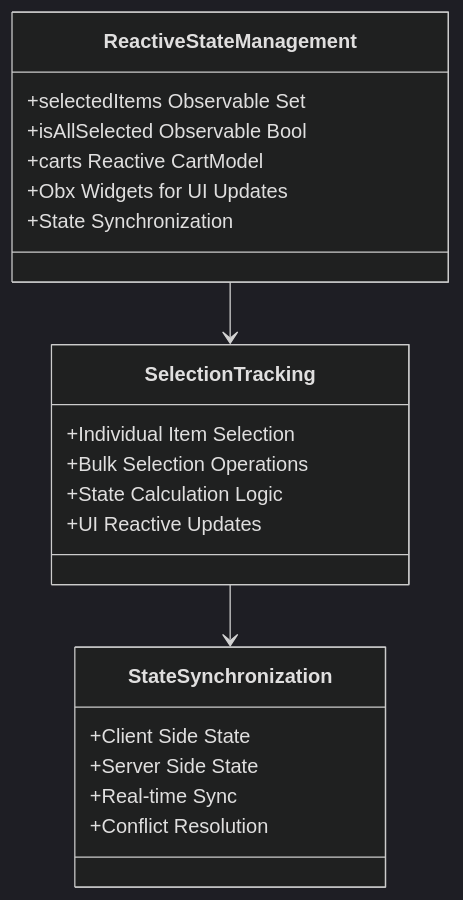
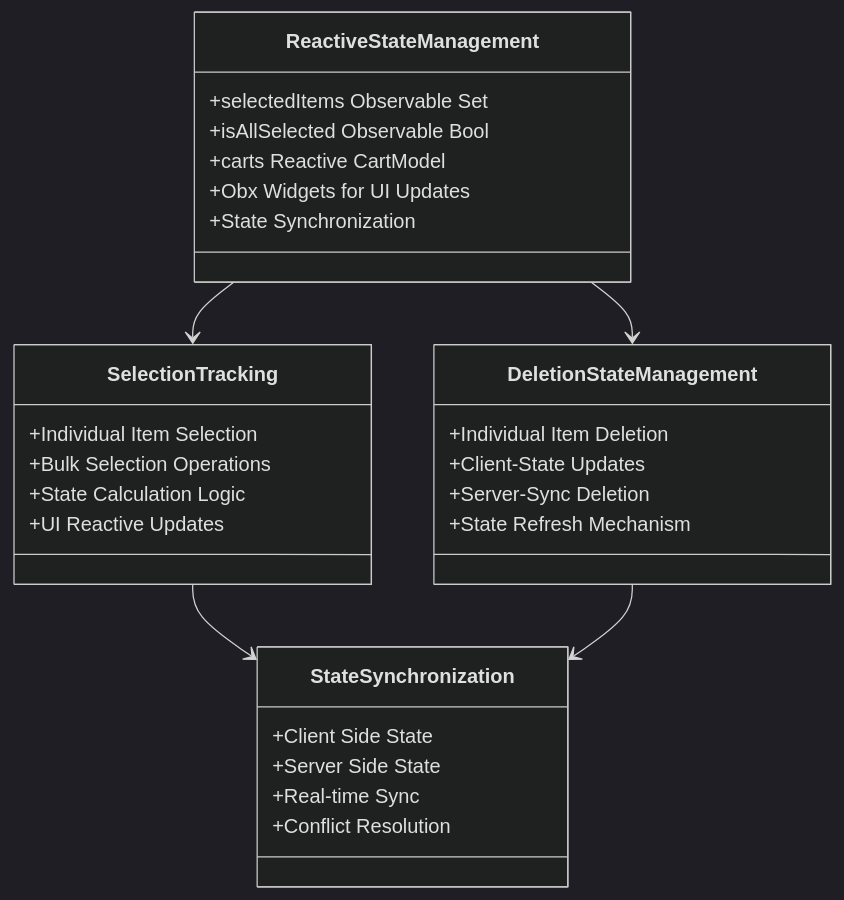
The tenth of 22 diagrams in .qoder/repowiki/en/content/Core Features/E-commerce Platform/Shopping Cart System.md (Ariful3111/FurniGo), drawn with Mermaid (dark theme) before and after one commit. The commit also changed other lines of this file and 7 other files, not shown here.

````diff
--- a/.qoder/repowiki/en/content/Core Features/E-commerce Platform/Shopping Cart System.md
+++ b/.qoder/repowiki/en/content/Core Features/E-commerce Platform/Shopping Cart System.md
@@ -384,24 +552,32 @@
 ```mermaid
 classDiagram
 class ReactiveStateManagement {
 +selectedItems Observable Set<int>
 +isAllSelected Observable Bool
 +carts Reactive CartModel
 +Obx Widgets for UI Updates
 +State Synchronization
 }
 class SelectionTracking {
 +Individual Item Selection
 +Bulk Selection Operations
 +State Calculation Logic
 +UI Reactive Updates
 }
+class DeletionStateManagement {
++Individual Item Deletion
++Client-State Updates
++Server-Sync Deletion
++State Refresh Mechanism
+}
 class StateSynchronization {
 +Client Side State
 +Server Side State
 +Real-time Sync
 +Conflict Resolution
 }
 ReactiveStateManagement --> SelectionTracking
+ReactiveStateManagement --> DeletionStateManagement
 SelectionTracking --> StateSynchronization
+DeletionStateManagement --> StateSynchronization
 ```
````
